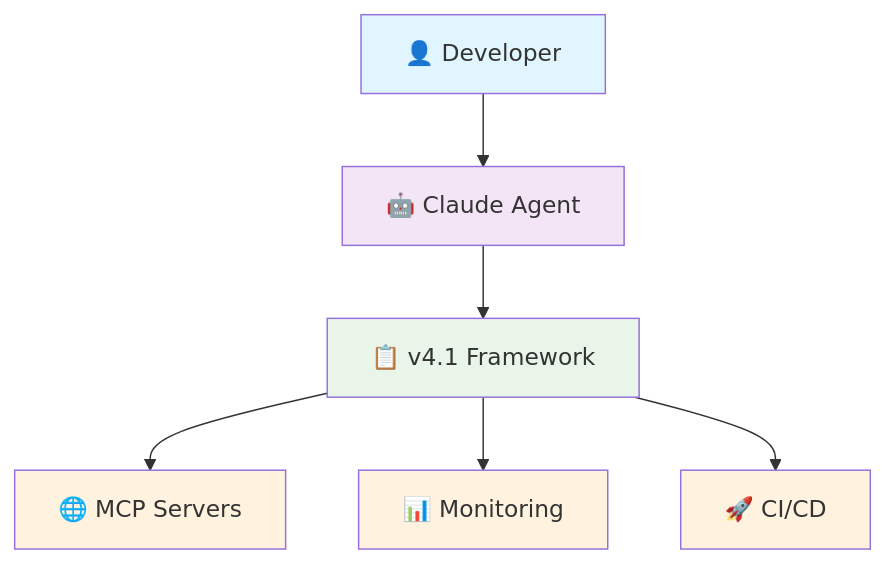
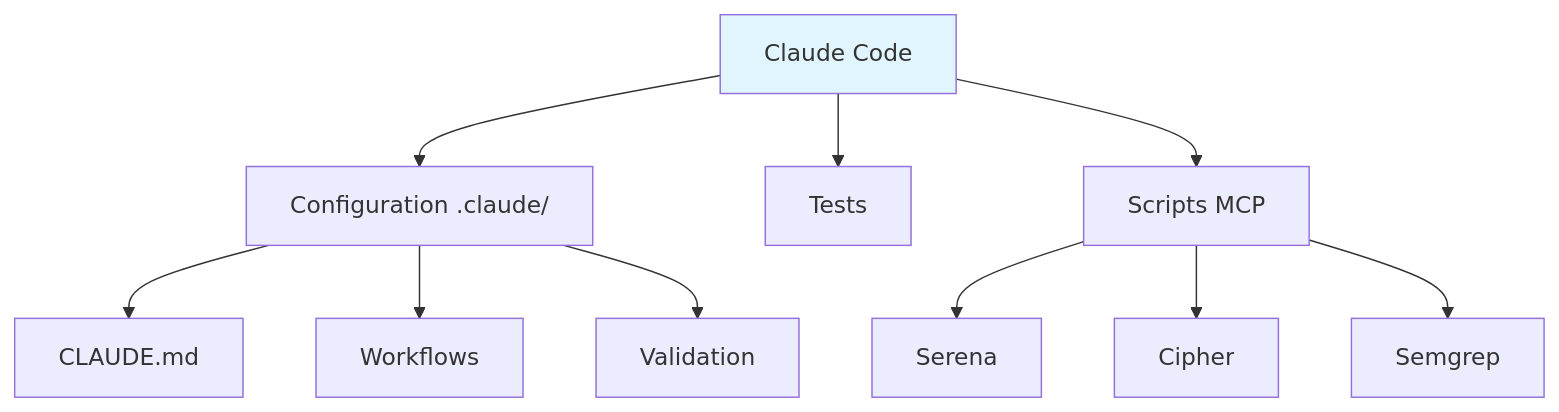
Before and after one commit to ccolleatte/claude-code-starter: the diagram in README-FR.md, drawn with Mermaid. The commit also changed other lines of this file and 5 other files, not shown here.

````diff
--- a/README-FR.md
+++ b/README-FR.md
@@ -73,18 +81,15 @@
 ```mermaid
 graph TB
-    USER[👤 Developer] --> CLAUDE[🤖 Claude Agent]
-    CLAUDE --> CONFIG[📋 v4.1 Framework]
-    CONFIG --> MCP[🌐 MCP Servers]
-    CONFIG --> MONITOR[📊 Monitoring]
-    CONFIG --> CICD[🚀 CI/CD]
-    
+    A[Claude Code] --> B[Configuration .claude/]
+    B --> C[CLAUDE.md]
+    B --> D[Workflows]
+    B --> E[Validation]
+    A --> F[Tests]
+    A --> G[Scripts MCP]
+    G --> H[Serena]
+    G --> I[Cipher]
+    G --> J[Semgrep]
+
     classDef user fill:#e1f5fe
-    classDef claude fill:#f3e5f5
-    classDef config fill:#e8f5e8
-    classDef external fill:#fff3e0
-    
-    class USER user
-    class CLAUDE claude
-    class CONFIG config
-    class MCP,MONITOR,CICD external
+    class A user
 ```
````
